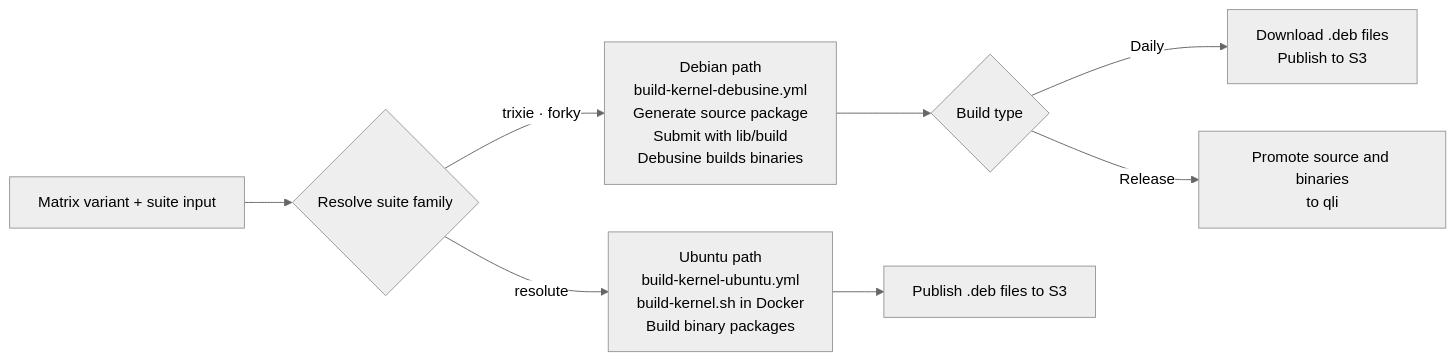
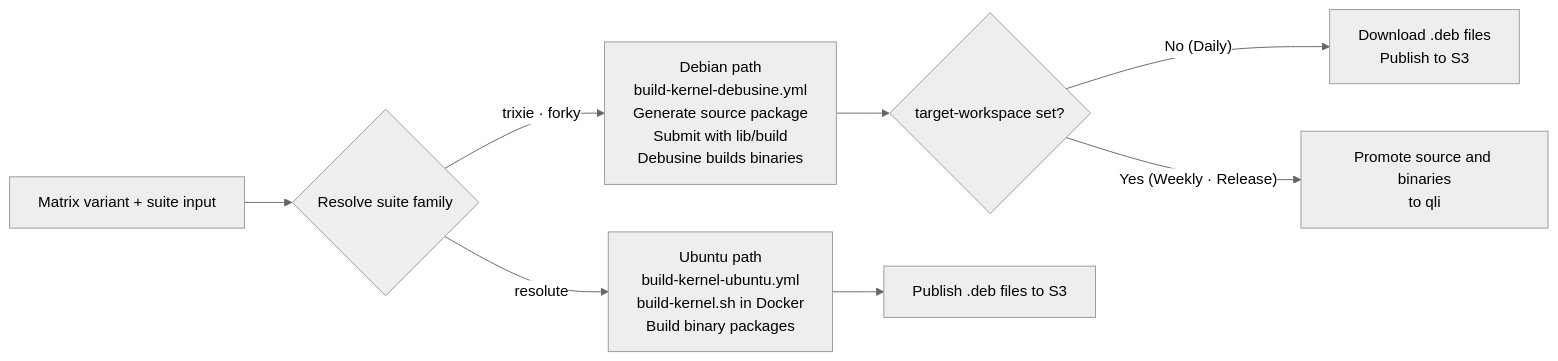
Before and after one commit to qualcomm-linux/pkg-linux-qcom: the first of 6 diagrams in README.md, drawn with Mermaid (neutral theme). The commit also changed other lines of this file and 4 other files, not shown here.

First line of the commit message:
ci: add a Weekly delivery type that promotes what it builds

````diff
--- a/README.md
+++ b/README.md
@@ -252,12 +292,12 @@
 ```mermaid
 flowchart LR
     IN["Matrix variant + suite input"] --> R{"Resolve suite family"}
 
     R -->|"trixie · forky"| DEB["Debian path\nbuild-kernel-debusine.yml\nGenerate source package\nSubmit with lib/build\nDebusine builds binaries"]
     R -->|"resolute"| UBU["Ubuntu path\nbuild-kernel-ubuntu.yml\nbuild-kernel.sh in Docker\nBuild binary packages"]
 
-    DEB --> DOUT{"Build type"}
-    DOUT -->|Daily| S3["Download .deb files\nPublish to S3"]
-    DOUT -->|Release| QLI["Promote source and binaries\nto qli"]
+    DEB --> DOUT{"target-workspace set?"}
+    DOUT -->|"No (Daily)"| S3["Download .deb files\nPublish to S3"]
+    DOUT -->|"Yes (Weekly · Release)"| QLI["Promote source and binaries\nto qli"]
     UBU --> US3["Publish .deb files to S3"]
 ```
````
